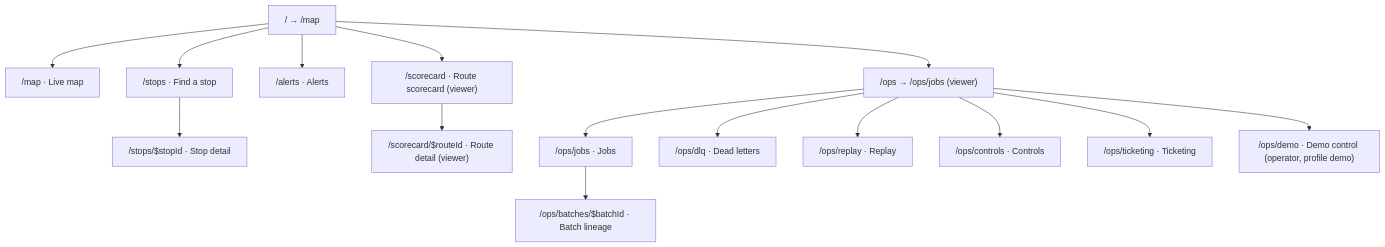
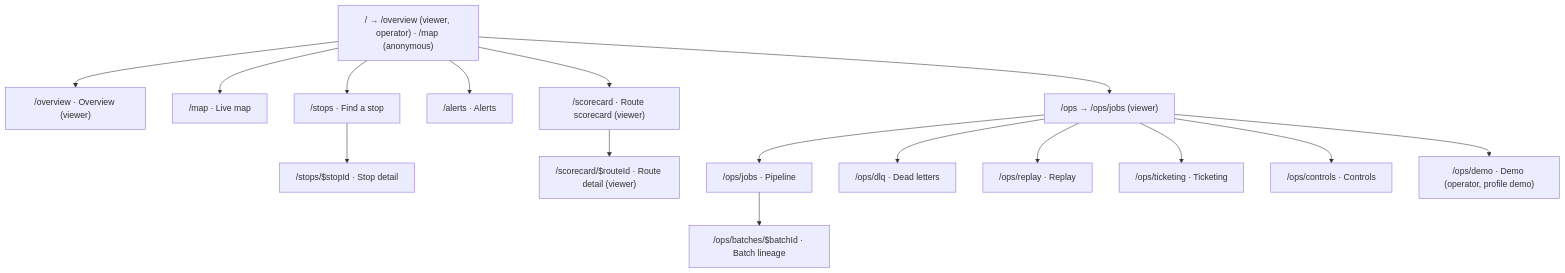
One commit to ninggiangboy/public-transport-intelligence changed the diagram in docs/08-ux-ui/ux-principles-and-ia.md. Above: the diagram before and after it, drawn with Mermaid. The commit also changed other lines of this file and 22 other files, not shown here.

````diff
--- a/docs/08-ux-ui/ux-principles-and-ia.md
+++ b/docs/08-ux-ui/ux-principles-and-ia.md
@@ -51,18 +52,19 @@
 ```mermaid
 flowchart TD
-  root["/ → /map"]
+  root["/ → /overview (viewer, operator) · /map (anonymous)"]
+  root --> ov["/overview · Overview (viewer)"]
   root --> map["/map · Live map"]
   root --> stops["/stops · Find a stop"]
   stops --> stop["/stops/$stopId · Stop detail"]
   root --> alerts["/alerts · Alerts"]
   root --> sc["/scorecard · Route scorecard (viewer)"]
   sc --> scr["/scorecard/$routeId · Route detail (viewer)"]
   root --> ops["/ops → /ops/jobs (viewer)"]
-  ops --> jobs["/ops/jobs · Jobs"]
+  ops --> jobs["/ops/jobs · Pipeline"]
   jobs --> batch["/ops/batches/$batchId · Batch lineage"]
   ops --> dlq["/ops/dlq · Dead letters"]
   ops --> rep["/ops/replay · Replay"]
+  ops --> tix["/ops/ticketing · Ticketing"]
   ops --> ctl["/ops/controls · Controls"]
-  ops --> tix["/ops/ticketing · Ticketing"]
-  ops --> demo["/ops/demo · Demo control (operator, profile demo)"]
+  ops --> demo["/ops/demo · Demo (operator, profile demo)"]
 ```
````
